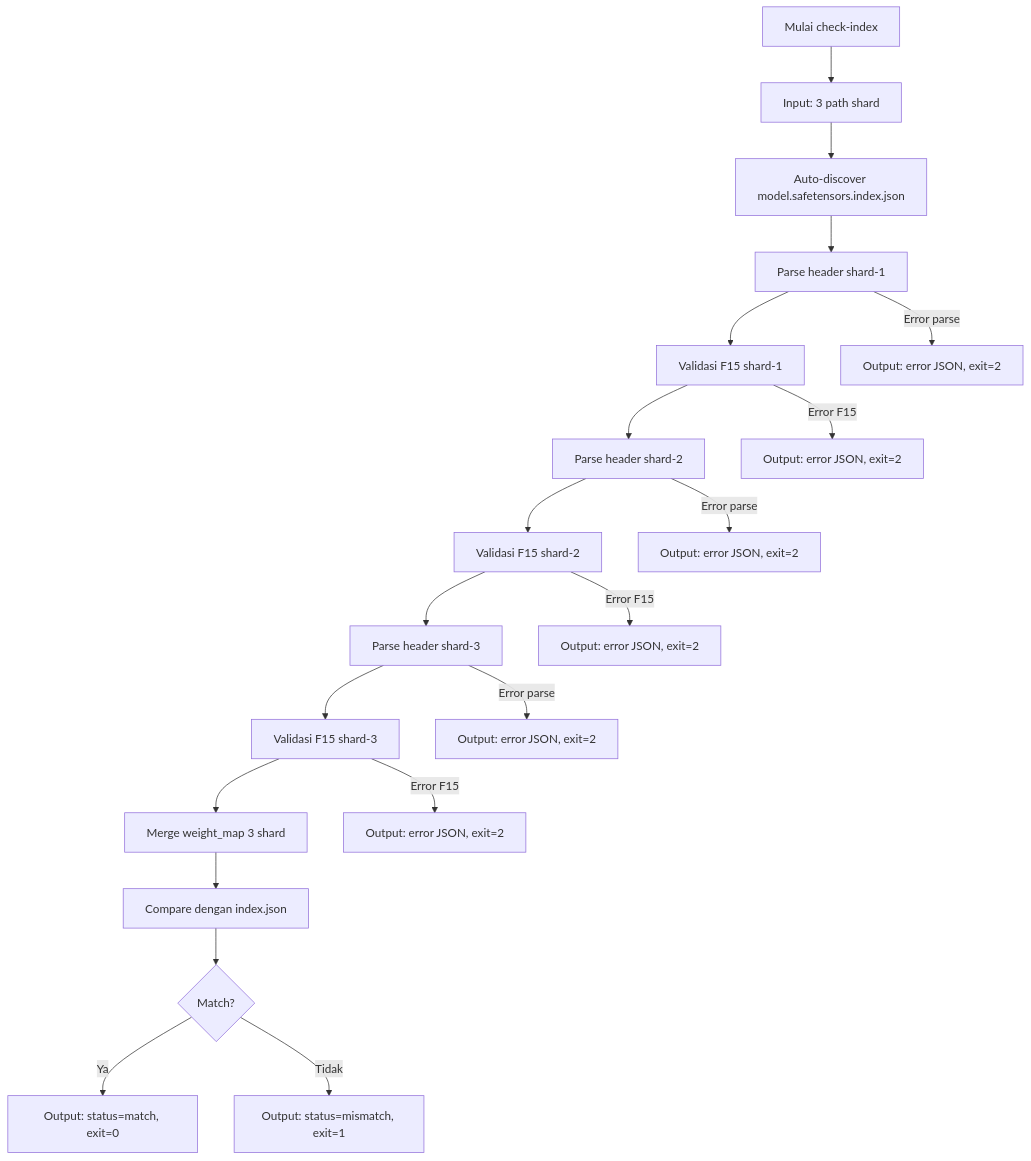
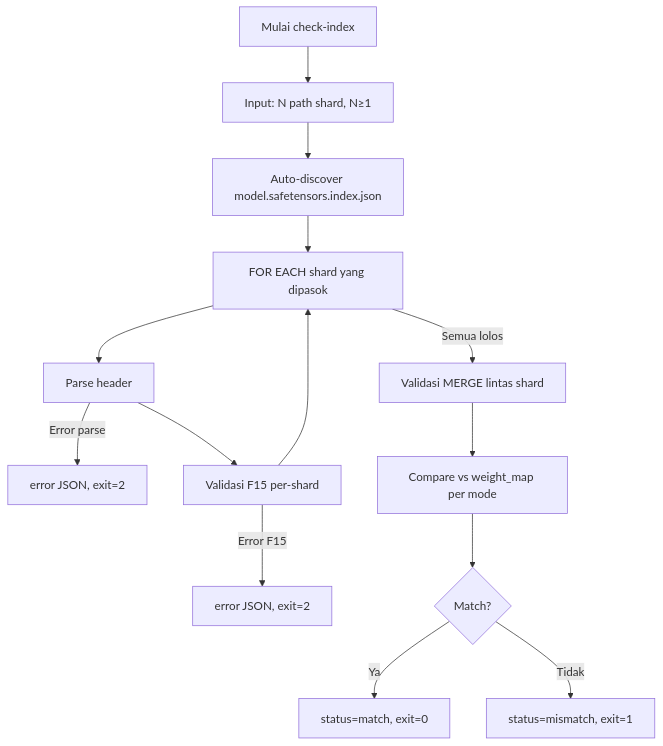
One commit to will2469/disk-streaming-moe-engine changed the diagram in docs/milestones/M0-reader.md. Above: the diagram before and after it, drawn with Mermaid. The commit also changed other lines of this file and 15 other files, not shown here.

Commit message:
docs: update architecture and milestone documentation to reflect 8-shard model partitioning and precise tensor offsets

````diff
--- a/docs/milestones/M0-reader.md
+++ b/docs/milestones/M0-reader.md
@@ -128,22 +159,16 @@
 ```mermaid
 flowchart TB
-    START[Mulai check-index] --> INPUT[Input: 3 path shard]
+    START[Mulai check-index] --> INPUT[Input: N path shard, N≥1]
     INPUT --> DISCOVER[Auto-discover model.safetensors.index.json]
-    DISCOVER --> PARSE1[Parse header shard-1]
-    PARSE1 --> VALID1[Validasi F15 shard-1]
-    VALID1 --> PARSE2[Parse header shard-2]
-    PARSE2 --> VALID2[Validasi F15 shard-2]
-    VALID2 --> PARSE3[Parse header shard-3]
-    PARSE3 --> VALID3[Validasi F15 shard-3]
-    VALID3 --> MERGE[Merge weight_map 3 shard]
-    MERGE --> COMPARE[Compare dengan index.json]
+    DISCOVER --> LOOP[FOR EACH shard yang dipasok]
+    LOOP --> PARSE[Parse header]
+    PARSE -->|Error parse| ERRA[error JSON, exit=2]
+    PARSE --> VALID[Validasi F15 per-shard]
+    VALID -->|Error F15| ERRB[error JSON, exit=2]
+    VALID --> LOOP
+    LOOP -->|Semua lolos| MERGE[Validasi MERGE lintas shard]
+    MERGE --> COMPARE[Compare vs weight_map per mode]
     COMPARE --> CHECK{Match?}
-    CHECK -->|Ya| SUCCESS[Output: status=match, exit=0]
-    CHECK -->|Tidak| MISMATCH[Output: status=mismatch, exit=1]
-    VALID1 -->|Error F15| ERROR1[Output: error JSON, exit=2]
-    VALID2 -->|Error F15| ERROR2[Output: error JSON, exit=2]
-    VALID3 -->|Error F15| ERROR3[Output: error JSON, exit=2]
-    PARSE1 -->|Error parse| ERROR4[Output: error JSON, exit=2]
-    PARSE2 -->|Error parse| ERROR5[Output: error JSON, exit=2]
-    PARSE3 -->|Error parse| ERROR6[Output: error JSON, exit=2]
+    CHECK -->|Ya| SUCCESS[status=match, exit=0]
+    CHECK -->|Tidak| MISMATCH[status=mismatch, exit=1]
 ```
````
